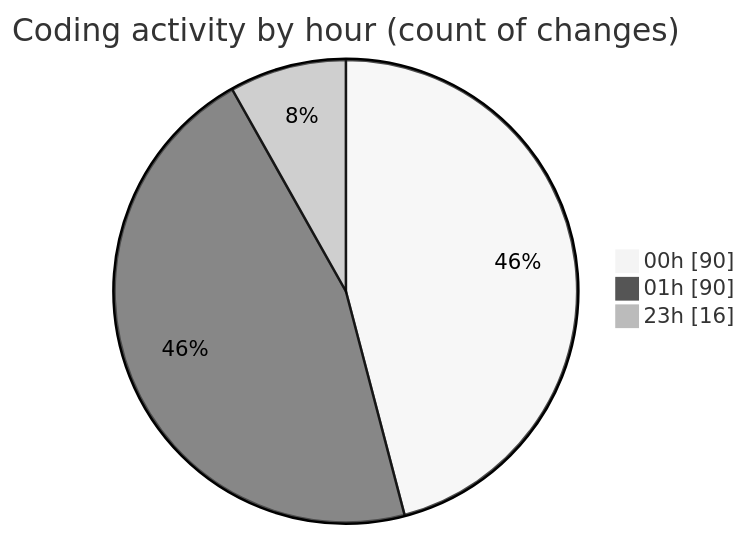
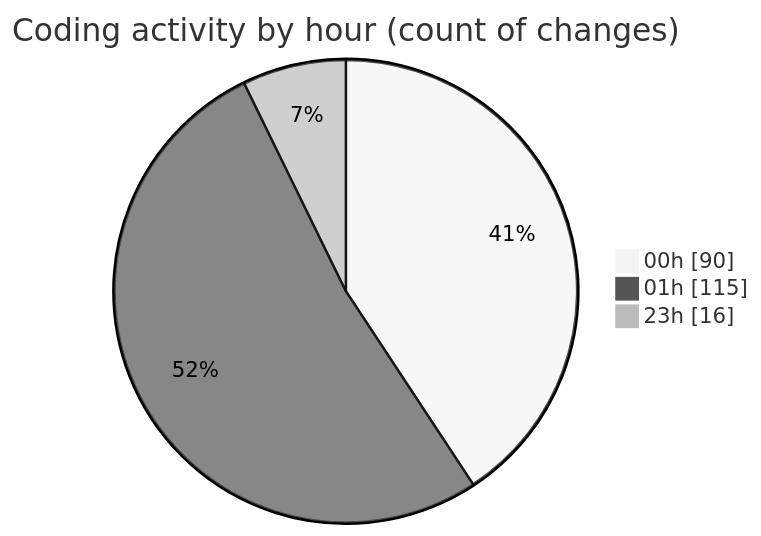
One commit to Ritupan-Deka/code-tracking changed the second of 2 diagrams in 2025-05-26/projects/README.md. Above: the diagram before and after it, drawn with Mermaid (neutral theme). The commit also changed other lines of this file and 1 other file, not shown here.

````diff
--- a/2025-05-26/projects/README.md
+++ b/2025-05-26/projects/README.md
@@ -33,7 +33,7 @@
 ```mermaid
 pie showData
 title Coding activity by hour (count of changes)
 "00h" : 90
-"01h" : 90
+"01h" : 115
 "23h" : 16
 ```
````
